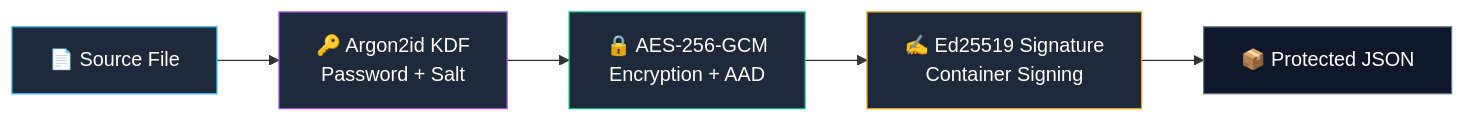
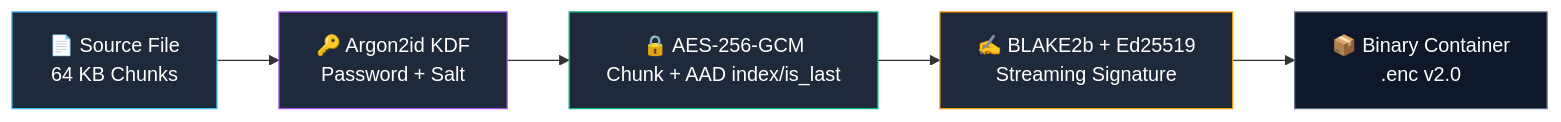
Before and after one commit to Ruslan4425/Secure-File-Encryptor: the diagram in README.md, drawn with Mermaid. The commit also changed other lines of this file and 4 other files, not shown here.

Commit message:
feat: release v2.0 with binary streaming format and tests

````diff
--- a/README.md
+++ b/README.md
@@ -32,13 +27,13 @@
 ```mermaid
 flowchart LR
-    A[📄 Source File] --> B[🔑 Argon2id KDF<br/>Password + Salt]
-    B --> C[🔒 AES-256-GCM<br/>Encryption + AAD]
-    C --> D[✍️ Ed25519 Signature<br/>Container Signing]
-    D --> E[📦 Protected JSON]
+    A[📄 Source File<br/>64 KB Chunks] --> B[🔑 Argon2id KDF<br/>Password + Salt]
+    B --> C[🔒 AES-256-GCM<br/>Chunk + AAD index/is_last]
+    C --> D[✍️ BLAKE2b + Ed25519<br/>Streaming Signature]
+    D --> E[📦 Binary Container<br/>.enc v2.0]
 
     style A fill:#1e293b,stroke:#38bdf8,color:#fff
     style B fill:#1e293b,stroke:#a855f7,color:#fff
     style C fill:#1e293b,stroke:#10b981,color:#fff
     style D fill:#1e293b,stroke:#f59e0b,color:#fff
     style E fill:#0f172a,stroke:#64748b,color:#fff
 ```
````
